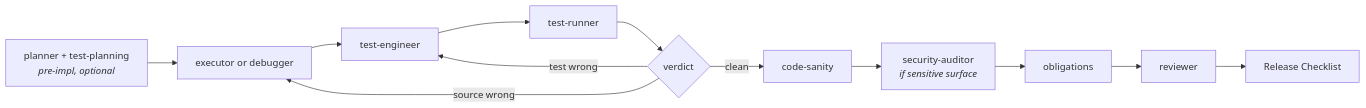
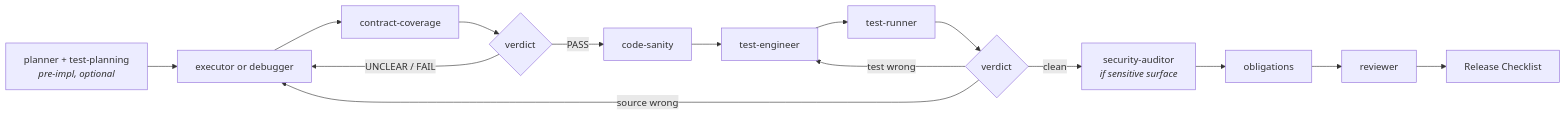
One commit to xtrm-dev/specialists changed the first of 14 diagrams in docs/design/chain-templates.md. Above: the diagram before and after it, drawn with Mermaid. The commit also changed other lines of this file and 3 other files, not shown here.

````diff
--- a/docs/design/chain-templates.md
+++ b/docs/design/chain-templates.md
@@ -57,14 +57,17 @@
 ```mermaid
 flowchart LR
   planner[planner + test-planning<br><i>pre-impl, optional</i>] --> writer[executor or debugger]
-  writer --> test-engineer
+  writer --> contract-coverage
+  contract-coverage --> ccv{verdict}
+  ccv -- UNCLEAR / FAIL --> writer
+  ccv -- PASS --> code-sanity
+  code-sanity --> test-engineer
   test-engineer --> test-runner
-  test-runner --> verdict{verdict}
-  verdict -- test wrong --> test-engineer
-  verdict -- source wrong --> writer
-  verdict -- clean --> code-sanity
-  code-sanity --> security[security-auditor<br><i>if sensitive surface</i>]
+  test-runner --> tv{verdict}
+  tv -- test wrong --> test-engineer
+  tv -- source wrong --> writer
+  tv -- clean --> security[security-auditor<br><i>if sensitive surface</i>]
   security --> obligations
   obligations --> reviewer
   reviewer --> release[Release Checklist]
 ```
````
